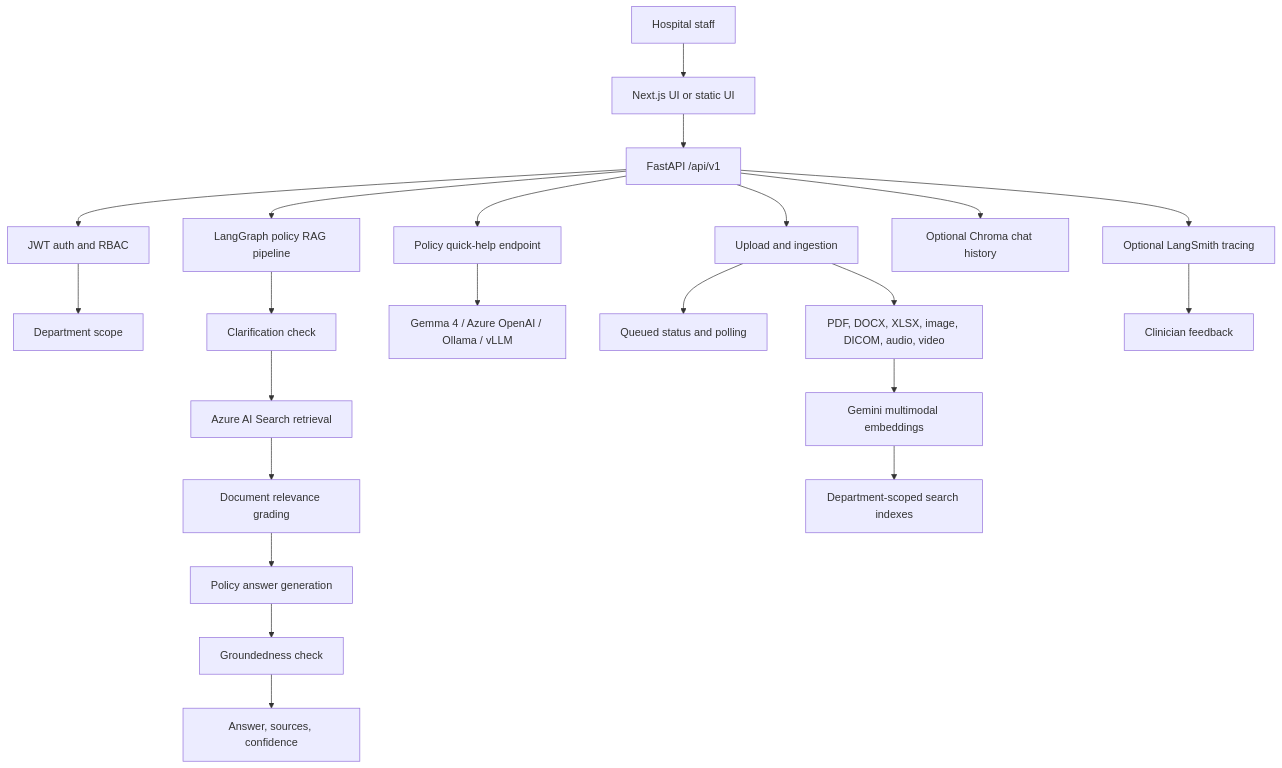
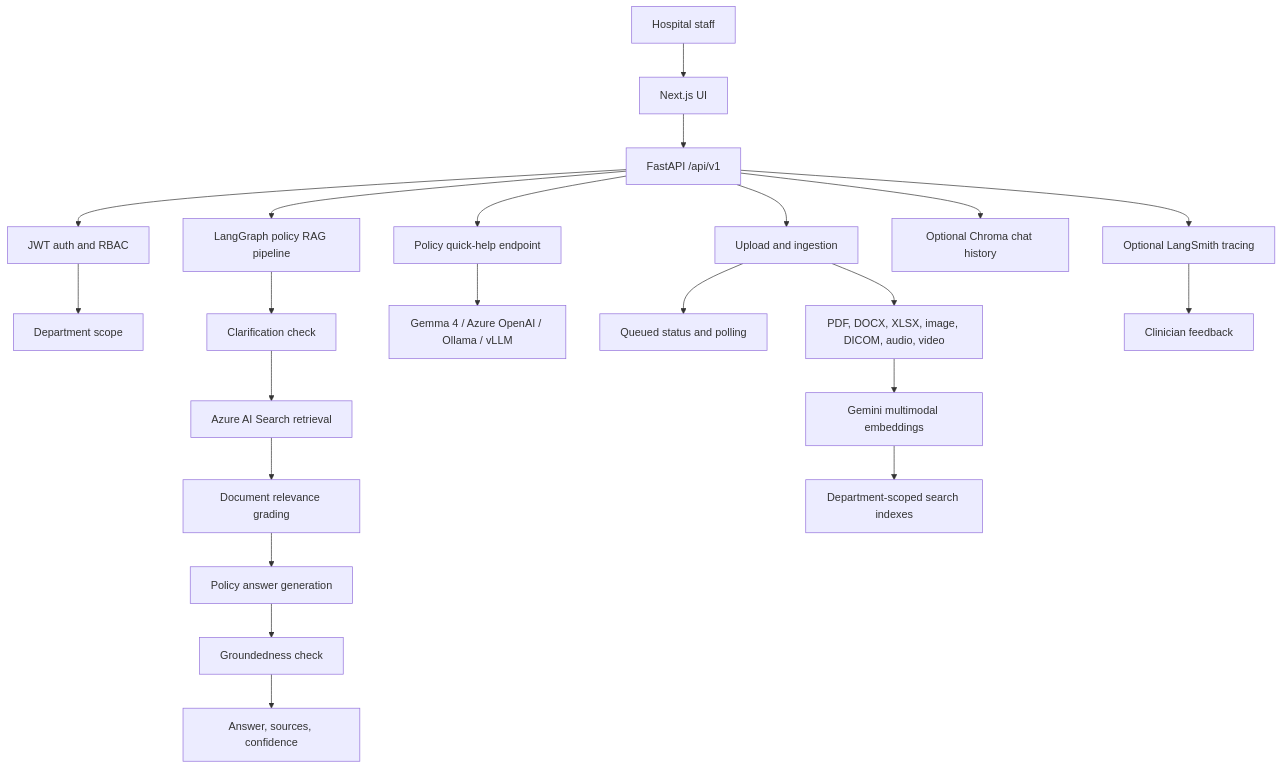
The diagram in README.md (Anudeepsrib/ClinIQ), drawn with Mermaid before and after one commit. The commit also changed other lines of this file and 15 other files, not shown here.

````diff
--- a/README.md
+++ b/README.md
@@ -97,28 +97,28 @@
 ```mermaid
 graph TD
-    User["Hospital staff"] --> Frontend["Next.js UI or static UI"]
+    User["Hospital staff"] --> Frontend["Next.js UI"]
     Frontend --> API["FastAPI /api/v1"]
     API --> Auth["JWT auth and RBAC"]
     Auth --> Dept["Department scope"]
 
     API --> Graph["LangGraph policy RAG pipeline"]
     Graph --> Clarify["Clarification check"]
     Clarify --> Retrieve["Azure AI Search retrieval"]
     Retrieve --> Grade["Document relevance grading"]
     Grade --> Generate["Policy answer generation"]
     Generate --> Verify["Groundedness check"]
     Verify --> Response["Answer, sources, confidence"]
 
     API --> QuickHelp["Policy quick-help endpoint"]
     QuickHelp --> Provider["Gemma 4 / Azure OpenAI / Ollama / vLLM"]
 
     API --> Ingest["Upload and ingestion"]
     Ingest --> Job["Queued status and polling"]
     Ingest --> Parse["PDF, DOCX, XLSX, image, DICOM, audio, video"]
     Parse --> Embed["Gemini multimodal embeddings"]
     Embed --> SearchIndex["Department-scoped search indexes"]
 
     API --> History["Optional Chroma chat history"]
     API --> Trace["Optional LangSmith tracing"]
     Trace --> Feedback["Clinician feedback"]
 ```
````
